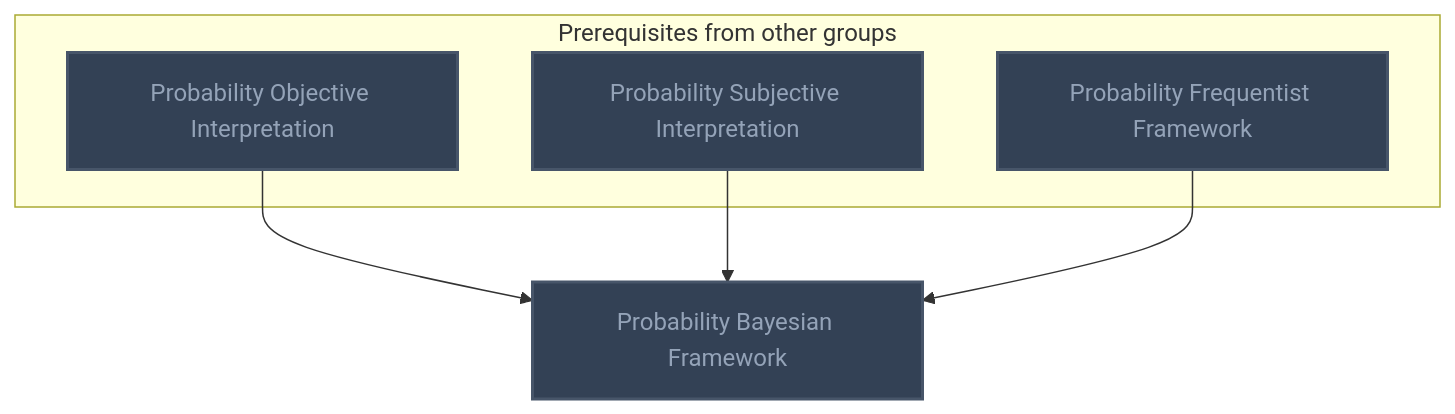
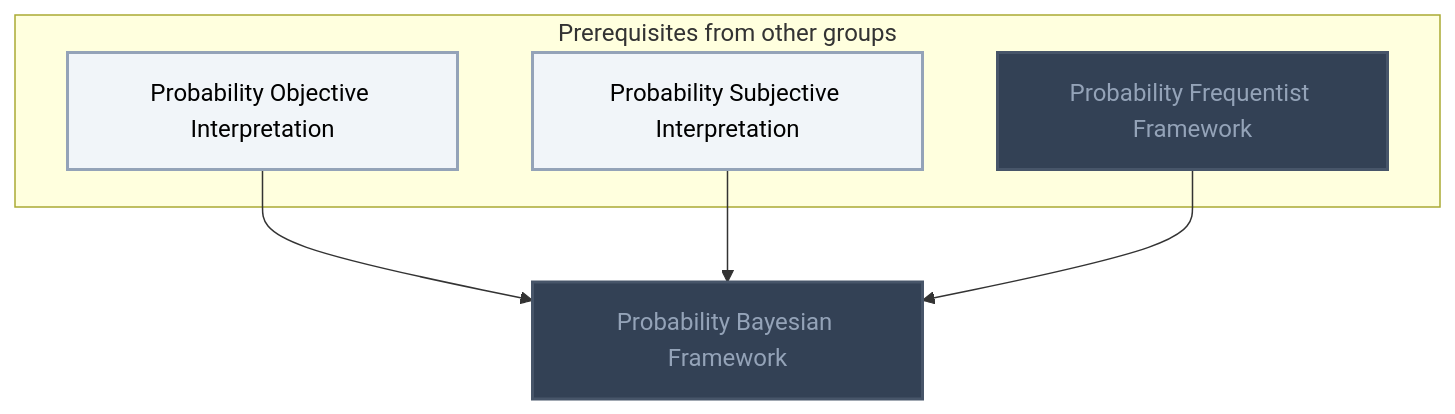
Before and after one commit to MRauf1/My-Notes: the first of 6 diagrams in Gamification/Skill Trees/Bayesian Statistics.md, drawn with Mermaid. The commit also changed other lines of this file and 42 other files, not shown here.

````diff
--- a/Gamification/Skill Trees/Bayesian Statistics.md
+++ b/Gamification/Skill Trees/Bayesian Statistics.md
@@ -17,23 +17,24 @@
 ```mermaid
 flowchart TD
     classDef planned fill:#1E293B,stroke:#64748B,stroke-width:2px,stroke-dasharray:5 5,color:#94A3B8;
     classDef locked fill:#334155,stroke:#475569,stroke-width:2px,color:#94A3B8;
     classDef L0 fill:#F1F5F9,stroke:#94A3B8,stroke-width:2px,color:#000000;
     classDef L1 fill:#22C55E,stroke:#15803D,stroke-width:2px,color:#000000;
     classDef L2 fill:#3B82F6,stroke:#1D4ED8,stroke-width:3px,color:#FFFFFF;
     classDef L3 fill:#A855F7,stroke:#6B21A8,stroke-width:3px,color:#FFFFFF,font-weight:bold;
     classDef L4 fill:#F97316,stroke:#C2410C,stroke-width:4px,color:#000000,font-weight:bold;
     classDef L5 fill:#FFD700,stroke:#FF8C00,stroke-width:5px,color:#000000,font-weight:bold;
     classDef rusty stroke:#8B4513,stroke-width:4px,stroke-dasharray:3 3;
     subgraph sg_prereqs["Prerequisites from other groups"]
         n_probability_objective_interpretation["Probability Objective Interpretation"]
         n_probability_subjective_interpretation["Probability Subjective Interpretation"]
         n_probability_frequentist_framework["Probability Frequentist Framework"]
     end
     n_probability_bayesian_framework["Probability Bayesian Framework"]
     n_probability_objective_interpretation --> n_probability_bayesian_framework
     n_probability_subjective_interpretation --> n_probability_bayesian_framework
     n_probability_frequentist_framework --> n_probability_bayesian_framework
-    class n_probability_objective_interpretation,n_probability_subjective_interpretation,n_probability_frequentist_framework,n_probability_bayesian_framework locked;
+    class n_probability_frequentist_framework,n_probability_bayesian_framework locked;
+    class n_probability_objective_interpretation,n_probability_subjective_interpretation L0;
     class n_probability_objective_interpretation,n_probability_subjective_interpretation,n_probability_frequentist_framework,n_probability_bayesian_framework internal-link;
 ```
````
